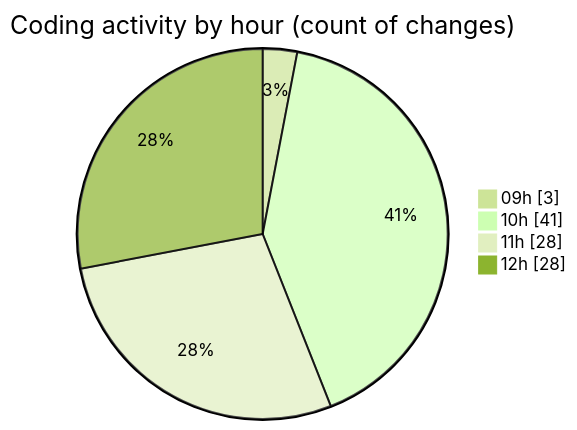
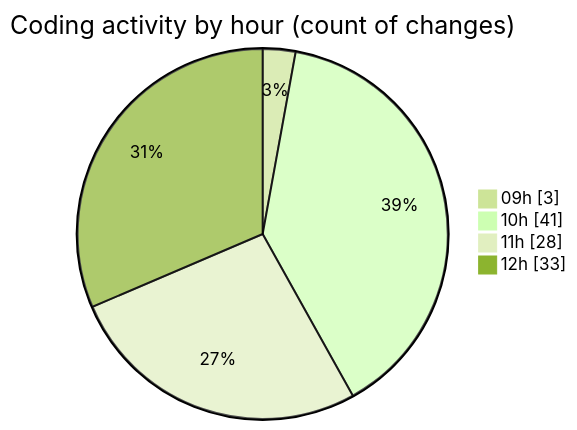
One commit to CELIANVF/code-tracking changed the second of 2 diagrams in 2025-05-19/ecodeli-1/README.md. Above: the diagram before and after it, drawn with Mermaid (forest theme). The commit also changed other lines of this file and 1 other file, not shown here.

````diff
--- a/2025-05-19/ecodeli-1/README.md
+++ b/2025-05-19/ecodeli-1/README.md
@@ -61,8 +61,8 @@
 ```mermaid
 pie showData
 title Coding activity by hour (count of changes)
 "09h" : 3
 "10h" : 41
 "11h" : 28
-"12h" : 28
+"12h" : 33
 ```
````
